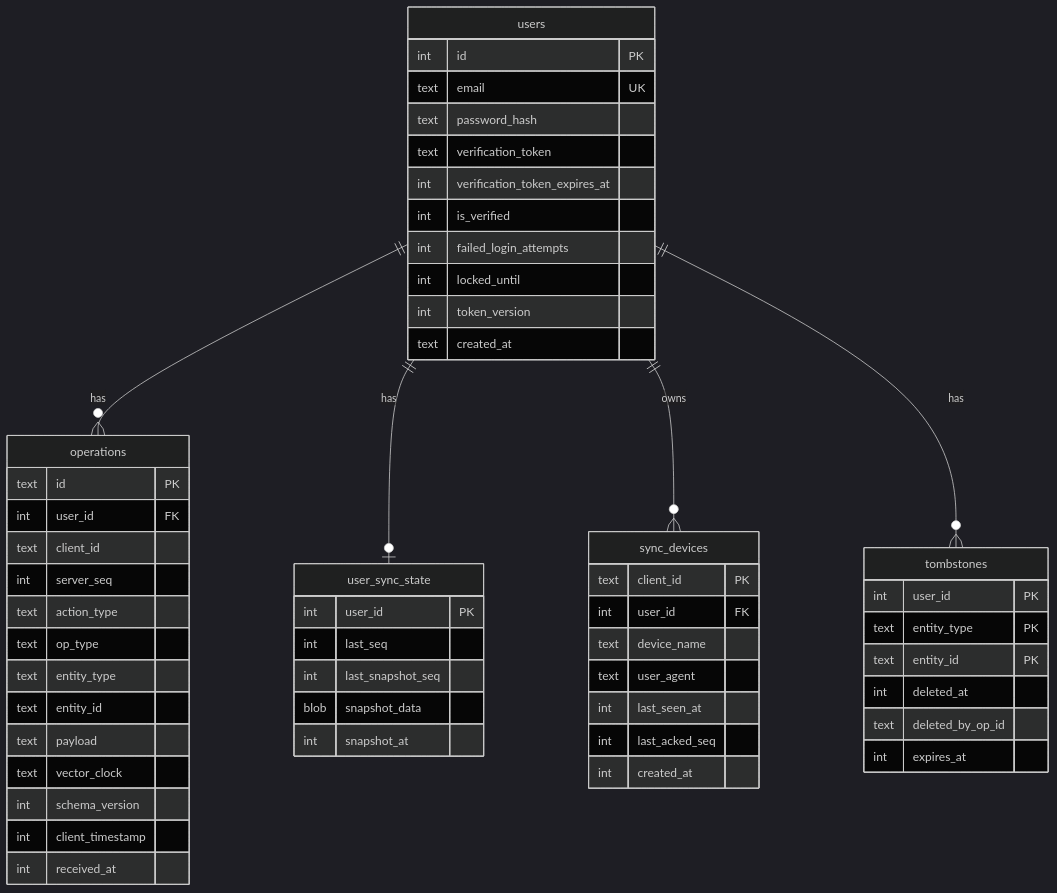
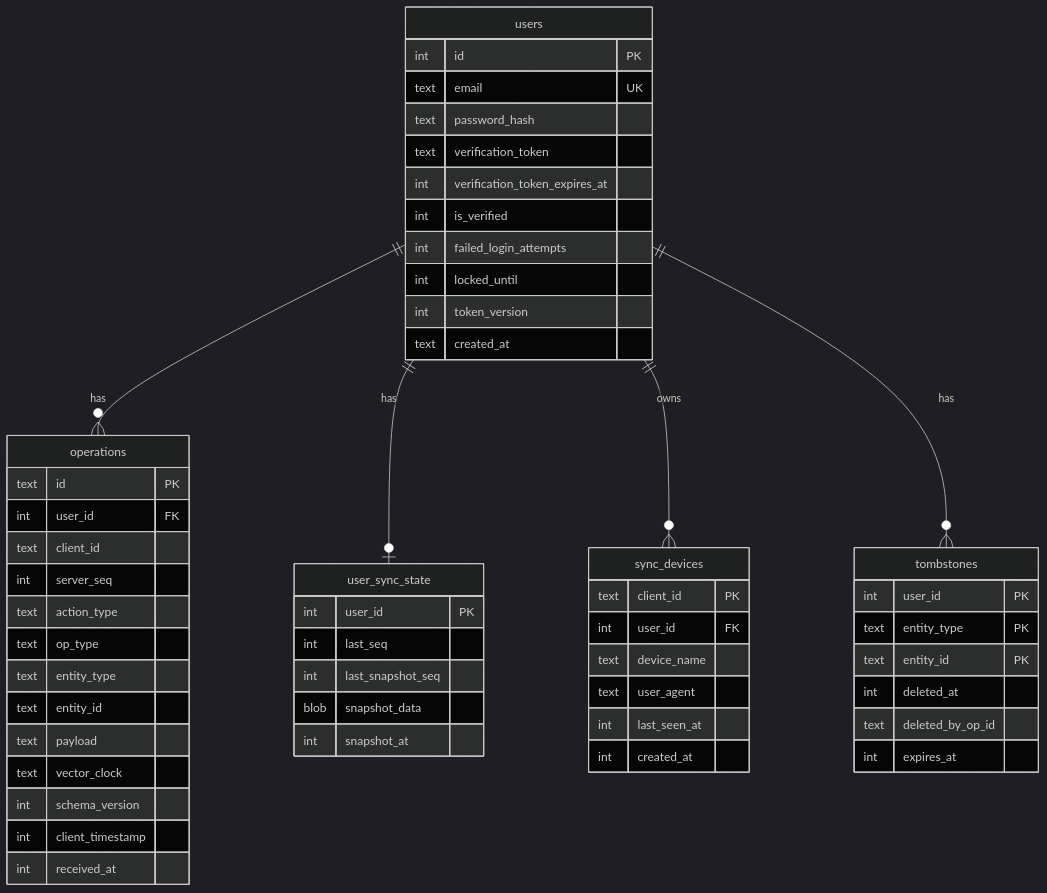
The third of 26 diagrams in packages/super-sync-server/sync-server-architecture-diagrams.md (johannesjo/super-productivity), drawn with Mermaid (dark theme) before and after one commit. The commit also changed other lines of this file and 12 other files, not shown here.

````diff
--- a/packages/super-sync-server/sync-server-architecture-diagrams.md
+++ b/packages/super-sync-server/sync-server-architecture-diagrams.md
@@ -82,63 +82,62 @@
 ```mermaid
 erDiagram
     users ||--o{ operations : has
     users ||--o| user_sync_state : has
     users ||--o{ sync_devices : owns
     users ||--o{ tombstones : has
 
     users {
         int id PK
         text email UK
         text password_hash
         text verification_token
         int verification_token_expires_at
         int is_verified
         int failed_login_attempts
         int locked_until
         int token_version
         text created_at
     }
 
     operations {
         text id PK
         int user_id FK
         text client_id
         int server_seq
         text action_type
         text op_type
         text entity_type
         text entity_id
         text payload
         text vector_clock
         int schema_version
         int client_timestamp
         int received_at
     }
 
     user_sync_state {
         int user_id PK
         int last_seq
         int last_snapshot_seq
         blob snapshot_data
         int snapshot_at
     }
 
     sync_devices {
         text client_id PK
         int user_id FK
         text device_name
         text user_agent
         int last_seen_at
-        int last_acked_seq
         int created_at
     }
 
     tombstones {
         int user_id PK
         text entity_type PK
         text entity_id PK
         int deleted_at
         text deleted_by_op_id
         int expires_at
     }
 ```
````
